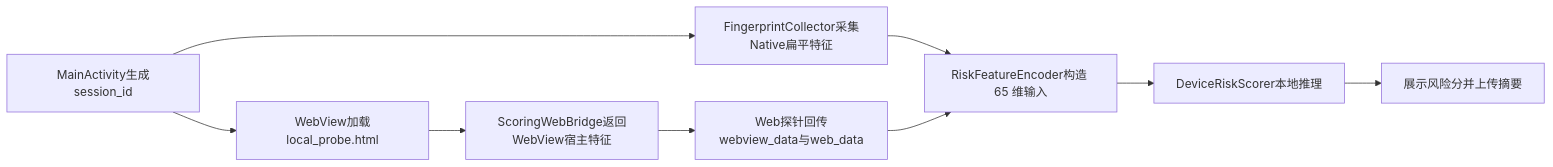
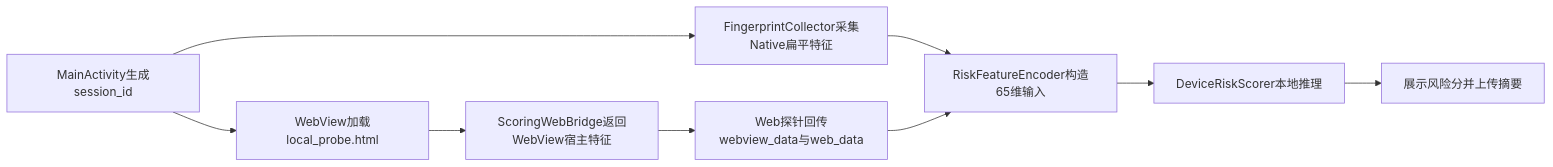
Before and after one commit to Xavi-L/RBA-Cross-Device-Fingerprint: the diagram in thesis_materials/chapter3_module_implementation.md, drawn with Mermaid. The commit also changed other lines of this file and 13 other files, not shown here.

````diff
--- a/thesis_materials/chapter3_module_implementation.md
+++ b/thesis_materials/chapter3_module_implementation.md
@@ -168,16 +168,16 @@
 ```mermaid
 flowchart LR
     A["MainActivity生成session_id"]
     B["FingerprintCollector采集Native扁平特征"]
     C["WebView加载local_probe.html"]
     D["ScoringWebBridge返回WebView宿主特征"]
     E["Web探针回传webview_data与web_data"]
-    F["RiskFeatureEncoder构造 65 维输入"]
+    F["RiskFeatureEncoder构造65维输入"]
     G["DeviceRiskScorer本地推理"]
     H["展示风险分并上传摘要"]
 
     A --> B
     A --> C --> D --> E
     B --> F
     E --> F --> G --> H
 ```
````
